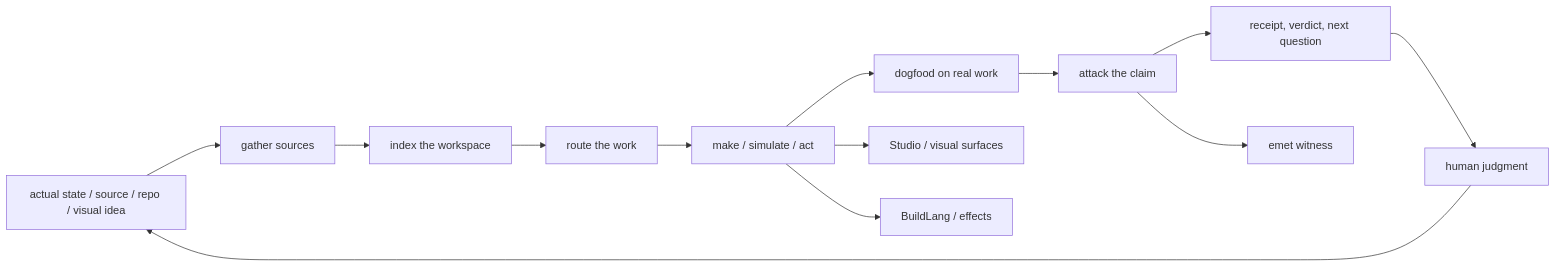
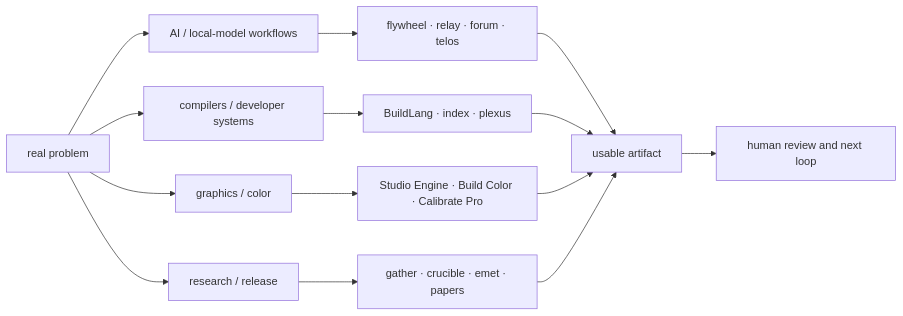
The diagram in README.md (HarperZ9/HarperZ9), drawn with Mermaid before and after one commit. The commit also changed other lines of this file, not shown here.

Commit message:
Present the current portfolio and paid-work lanes

````diff
--- a/README.md
+++ b/README.md
@@ -62,15 +84,16 @@
 ```mermaid
 flowchart LR
-    state["actual state / source / repo / visual idea"] --> gather["gather sources"]
-    gather --> index["index the workspace"]
-    index --> forum["route the work"]
-    forum --> telos["make / simulate / act"]
-    telos --> dogfood["dogfood on real work"]
-    dogfood --> crucible["attack the claim"]
-    crucible --> receipt["receipt, verdict, next question"]
-    receipt --> human["human judgment"]
-    human --> state
-    telos --> studio["Studio / visual surfaces"]
-    telos --> buildlang["BuildLang / effects"]
-    crucible --> emet["emet witness"]
+    problem["real problem"] --> models["AI / local-model workflows"]
+    problem --> systems["compilers / developer systems"]
+    problem --> visuals["graphics / color"]
+    problem --> research["research / release"]
+    models --> tools["flywheel · relay · forum · telos"]
+    systems --> compiler["BuildLang · index · plexus"]
+    visuals --> art["Studio Engine · Build Color · Calibrate Pro"]
+    research --> evidence["gather · crucible · emet · papers"]
+    tools --> artifact["usable artifact"]
+    compiler --> artifact
+    art --> artifact
+    evidence --> artifact
+    artifact --> human["human review and next loop"]
 ```
````
